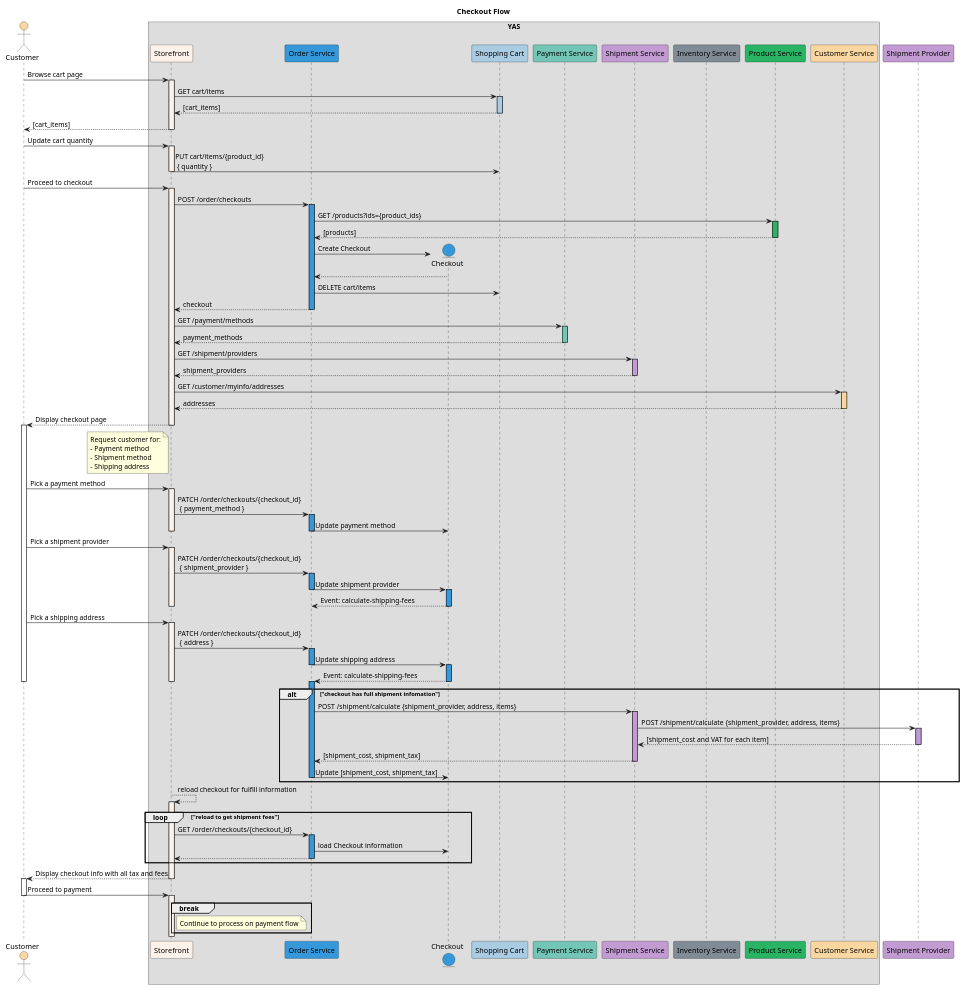
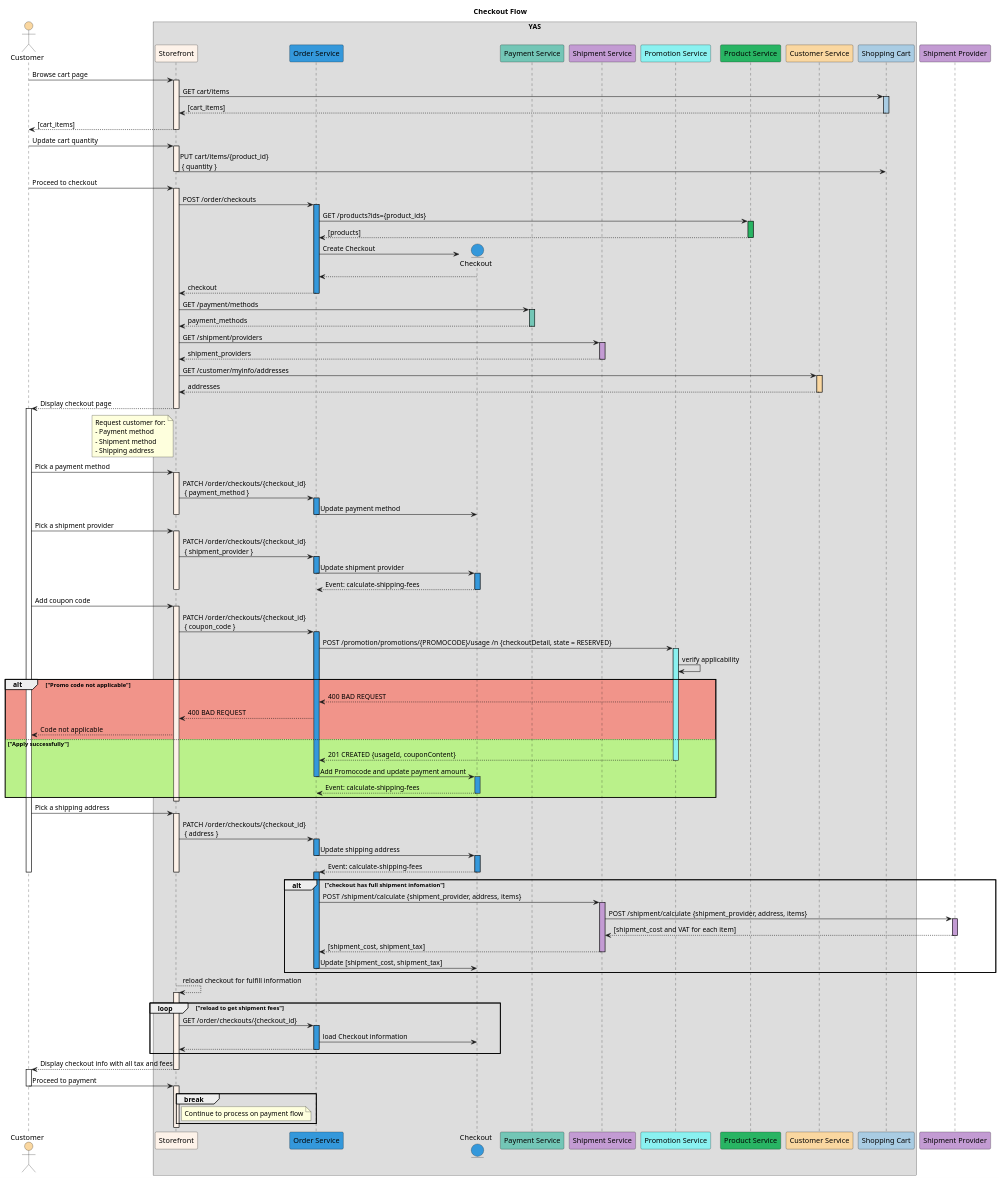
Before and after one commit to nashtech-garage/yas: the diagram in docs/design/order-flows/diagrams/checkout.seq.puml, drawn with PlantUML. The commit also changed 8 other files, not shown here.

Commit message:
Update overview diagram, move delete card to after order placement,  add coupon code flow

```diff
--- a/docs/design/order-flows/diagrams/checkout.seq.puml
+++ b/docs/design/order-flows/diagrams/checkout.seq.puml
@@ -1,147 +1,169 @@
 @startuml Checkout Flow
 
 title Checkout Flow
 
 actor Customer as customer #fad7a0
 
 box YAS
     participant "Storefront" as storefront #fdf2e9        
     participant "Order Service" as order_service #3498db    
     entity "Checkout" as checkout #3498db
-    participant "Shopping Cart" as shopping_cart #a9cce3
     participant "Payment Service" as payment_service #73c6b6
     participant "Shipment Service" as shipment_service #c39bd3
-    participant "Inventory Service" as inventory_service #808b96
+    participant "Promotion Service" as promotion_service #8af1f0
     participant "Product Service" as product_service #28b463 
     participant "Customer Service" as customer_service #fad7a0
+    participant "Shopping Cart" as shopping_cart #a9cce3
 end box 
 
 participant "Shipment Provider" as shipment_provider #c39bd3
 
 customer -> storefront: Browse cart page
 activate storefront #fdf2e9
   storefront -> shopping_cart: GET cart/items
   activate shopping_cart #a9cce3
     shopping_cart --> storefront: [cart_items]
   deactivate shopping_cart
   customer <-- storefront: [cart_items]
 deactivate storefront
 
 customer -> storefront: Update cart quantity
 activate storefront #fdf2e9
   storefront -> shopping_cart: PUT cart/items/{product_id} \n { quantity }
 deactivate storefront
 
 customer -> storefront: Proceed to checkout
 activate storefront #fdf2e9
   storefront -> order_service: POST /order/checkouts
   activate order_service #3498db
     order_service -> product_service: GET /products?ids={product_ids}
     activate product_service #28b463 
       product_service --> order_service: [products]
     deactivate product_service
     order_service -> checkout **: Create Checkout
     order_service <-- checkout
-    order_service -> shopping_cart: DELETE cart/items
     storefront <-- order_service: checkout
   deactivate order_service
   storefront -> payment_service: GET /payment/methods
 
   'Get payment methods
   activate payment_service #73c6b6
     storefront <-- payment_service: payment_methods
   deactivate payment_service
 
   'Get shipment providers
   storefront -> shipment_service: GET /shipment/providers
   activate shipment_service #c39bd3
     storefront <-- shipment_service: shipment_providers
   deactivate shipment_service
 
   'Get customer addresses
   storefront -> customer_service: GET /customer/myinfo/addresses
   activate customer_service #fad7a0
     storefront <-- customer_service: addresses
   deactivate customer_service
 
   storefront --> customer: Display checkout page
   note left of storefront 
     Request customer for:
     - Payment method
     - Shipment method
     - Shipping address
   end note
 deactivate storefront
 activate customer
 
   'Pick a payment method
   customer -> storefront: Pick a payment method
   activate storefront #fdf2e9    
     storefront -> order_service: PATCH /order/checkouts/{checkout_id} \n { payment_method }
     activate order_service #3498db
       order_service -> checkout: Update payment method
     deactivate order_service    
   deactivate storefront
 
   'Pick a shipment provider
   customer -> storefront: Pick a shipment provider
   activate storefront #fdf2e9
     storefront -> order_service: PATCH /order/checkouts/{checkout_id} \n { shipment_provider }
     activate order_service #3498db
       order_service -> checkout: Update shipment provider
     deactivate order_service
     activate checkout #3498db
       checkout --> order_service: Event: calculate-shipping-fees
     deactivate checkout 
   deactivate storefront
 
+  'Add coupon code
+  customer -> storefront: Add coupon code
+  activate storefront #fdf2e9
+    storefront -> order_service: PATCH /order/checkouts/{checkout_id} \n { coupon_code }
+    activate order_service #3498db
+      order_service -> promotion_service: POST /promotion/promotions/{PROMOCODE}/usage /n {checkoutDetail, state = RESERVED}
+      activate promotion_service #8af1f0
+      promotion_service -> promotion_service: verify applicability
+        alt #f1948a "Promo code not applicable"
+          promotion_service --> order_service: 400 BAD REQUEST
+          order_service --> storefront: 400 BAD REQUEST
+          storefront --> customer: Code not applicable
+        else #baf18a "Apply successfully" 
+          promotion_service --> order_service: 201 CREATED {usageId, couponContent}
+          deactivate promotion_service
+          order_service -> checkout: Add Promocode and update payment amount
+          deactivate order_service
+          activate checkout #3498db
+            checkout --> order_service: Event: calculate-shipping-fees
+          deactivate checkout 
+        end
+  deactivate storefront
+   
   'Pick a shipping address
   customer -> storefront: Pick a shipping address
   activate storefront #fdf2e9
     storefront -> order_service: PATCH /order/checkouts/{checkout_id} \n { address }
     activate order_service #3498db
       order_service -> checkout: Update shipping address
     deactivate order_service
     activate checkout #3498db
       checkout --> order_service: Event: calculate-shipping-fees
     deactivate checkout 
   deactivate storefront
 deactivate customer
 
 alt "checkout has full shipment infomation"
   activate order_service #3498db  
     order_service -> shipment_service: POST /shipment/calculate {shipment_provider, address, items}
     activate shipment_service #c39bd3
       shipment_service -> shipment_provider: POST /shipment/calculate {shipment_provider, address, items}
       activate shipment_provider #c39bd3
         shipment_service <-- shipment_provider: [shipment_cost and VAT for each item]
       deactivate shipment_provider
       order_service <-- shipment_service: [shipment_cost, shipment_tax]
     deactivate shipment_service
     order_service -> checkout: Update [shipment_cost, shipment_tax]
   deactivate order_service
 end 
 
 storefront --> storefront: reload checkout for fulfill information
 activate storefront #fdf2e9
   loop  "reload to get shipment fees"
     storefront -> order_service: GET /order/checkouts/{checkout_id}
     activate order_service #3498db
       order_service -> checkout: load Checkout information
       storefront <-- order_service
     deactivate order_service
   end
   storefront --> customer: Display checkout info with all tax and fees
 deactivate storefront
 activate customer
   customer -> storefront: Proceed to payment
 deactivate customer
 activate storefront #fdf2e9
   break
     note right of storefront
       Continue to process on payment flow
     end note
   end 
 deactivate storefront
 
 @enduml
```
